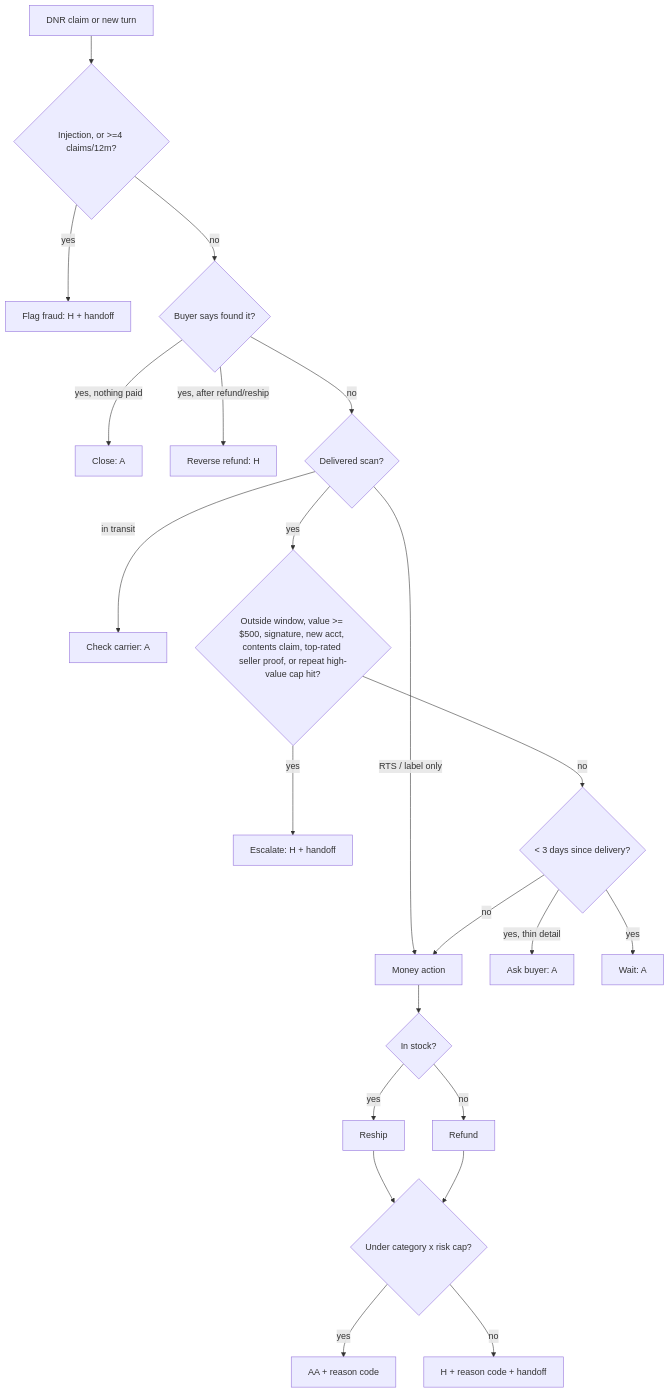
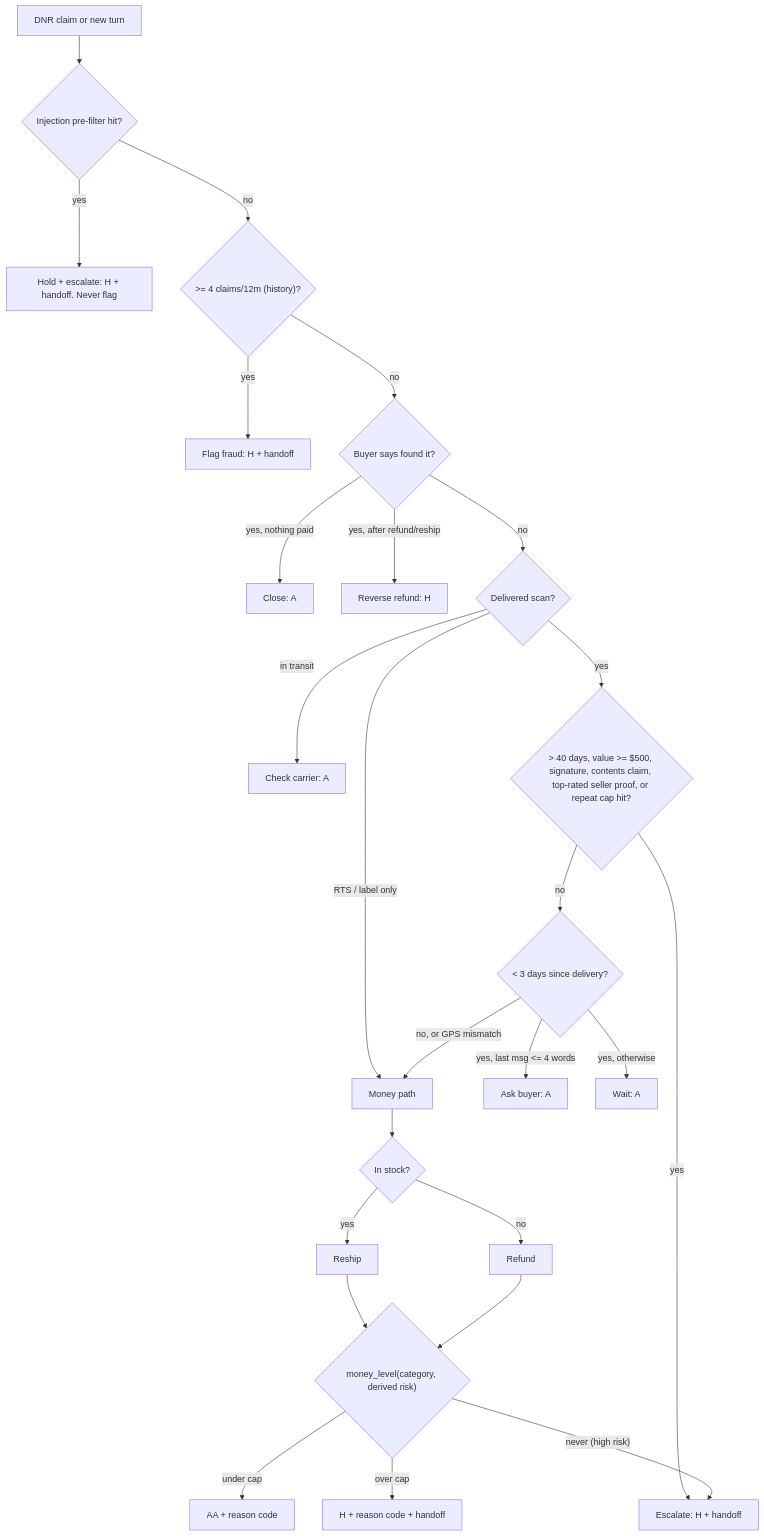
Before and after one commit to aIdvalor/dnr-agent: the diagram in AUTONOMY_MATRIX.md, drawn with Mermaid. The commit also changed other lines of this file and 16 other files, not shown here.

Commit message:
CTO review (scoped): policy.json as source of truth + docs consistency check, matrix/flow reconciled, injection -> hold+escalate (never flag), benign look-alikes + FP metrics, statistical limits; rest stubbed as future

````diff
--- a/AUTONOMY_MATRIX.md
+++ b/AUTONOMY_MATRIX.md
@@ -69,24 +69,27 @@
 ```mermaid
 flowchart TD
-  A[DNR claim or new turn] --> B{Injection, or >=4 claims/12m?}
-  B -- yes --> F[Flag fraud: H + handoff]
-  B -- no --> C{Buyer says found it?}
+  A[DNR claim or new turn] --> B{Injection pre-filter hit?}
+  B -- yes --> HOLD[Hold + escalate: H + handoff. Never flag]
+  B -- no --> SC{">= 4 claims/12m (history)?"}
+  SC -- yes --> F[Flag fraud: H + handoff]
+  SC -- no --> C{Buyer says found it?}
   C -- "yes, nothing paid" --> Z[Close: A]
   C -- "yes, after refund/reship" --> RV[Reverse refund: H]
   C -- no --> D{Delivered scan?}
-  D -- "RTS / label only" --> M1[Money action]
+  D -- "RTS / label only" --> M1[Money path]
   D -- in transit --> K[Check carrier: A]
-  D -- yes --> E{Outside window, value >= $500, signature, new acct, contents claim, top-rated seller proof, or repeat high-value cap hit?}
+  D -- yes --> E{"> 40 days, value >= $500, signature, contents claim, top-rated seller proof, or repeat cap hit?"}
   E -- yes --> H[Escalate: H + handoff]
-  E -- no --> G{< 3 days since delivery?}
-  G -- "yes, thin detail" --> I[Ask buyer: A]
-  G -- yes --> W[Wait: A]
-  G -- no --> M1
+  E -- no --> G{"< 3 days since delivery?"}
+  G -- "yes, last msg <= 4 words" --> I[Ask buyer: A]
+  G -- "yes, otherwise" --> W[Wait: A]
+  G -- "no, or GPS mismatch" --> M1
   M1 --> S{In stock?}
   S -- yes --> RS[Reship]
   S -- no --> RF[Refund]
-  RS --> CAP{Under category x risk cap?}
+  RS --> CAP{"money_level(category, derived risk)"}
   RF --> CAP
-  CAP -- yes --> AA[AA + reason code]
-  CAP -- no --> HH[H + reason code + handoff]
+  CAP -- under cap --> AA[AA + reason code]
+  CAP -- over cap --> HH[H + reason code + handoff]
+  CAP -- "never (high risk)" --> H
 ```
````
